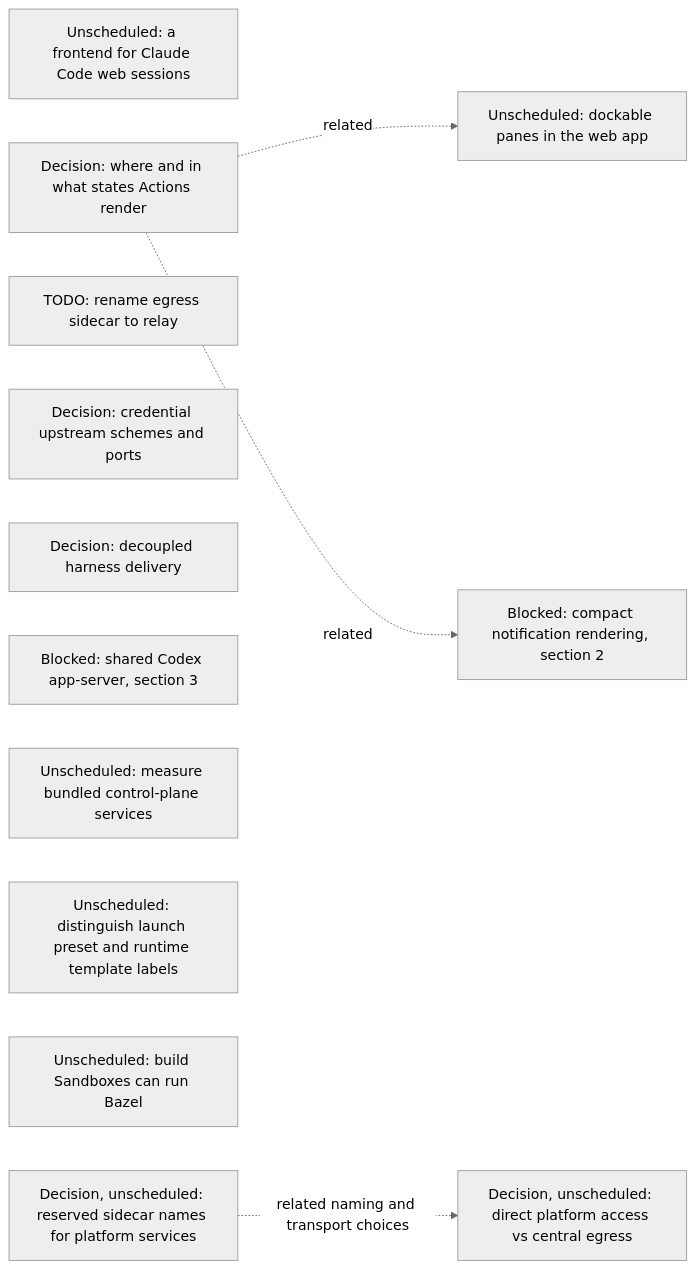
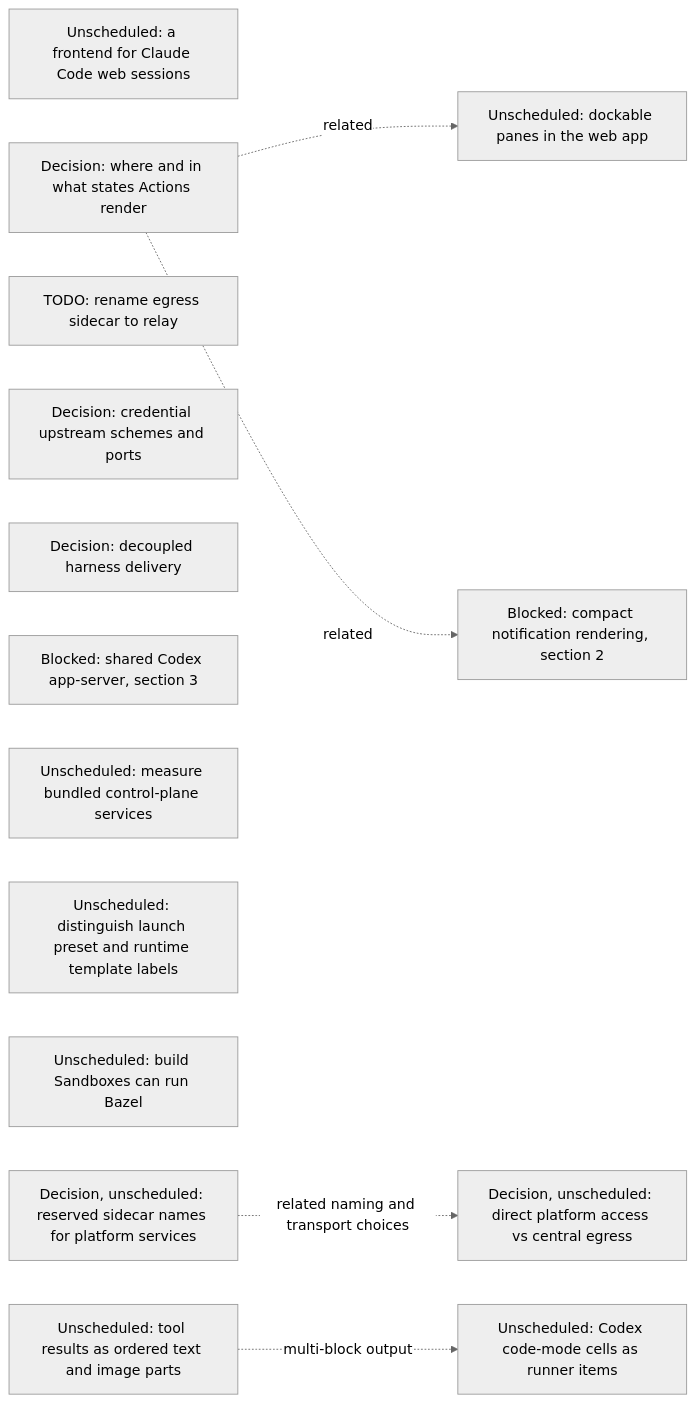
One commit to agentydragon-agent/ducktape changed the seventh of 17 diagrams in agentplane/plans/task_dag.md. Above: the diagram before and after it, drawn with Mermaid (neutral theme). The commit also changed other lines of this file, not shown here.

First line of the commit message:
agentplane: add tool-output fidelity nodes to the task DAG (#11351)

````diff
--- a/agentplane/plans/task_dag.md
+++ b/agentplane/plans/task_dag.md
@@ -789,19 +789,21 @@
 ```mermaid
 flowchart LR
     CLAUDE_CODE_WEB_BRIDGE[Unscheduled: a frontend for Claude Code web sessions]
     ACTION_SURFACES_DESIGN[Decision: where and in what states Actions render]
     EGRESS_RELAY_RENAME[TODO: rename egress sidecar to relay]
     EGRESS_CREDENTIAL_TRANSPORT_DESIGN[Decision: credential upstream schemes and ports]
     RUNNER_HARNESS_DELIVERY_DESIGN[Decision: decoupled harness delivery]
     RUNNER_CODEX_SHARED_PROCESS[Blocked: shared Codex app-server, section 3]
     K3S_BUNDLED_SERVICES_SPIKE[Unscheduled: measure bundled control-plane services]
     DOCKABLE_PANES[Unscheduled: dockable panes in the web app]
     ACTION_SURFACES_DESIGN -. related .-> DOCKABLE_PANES
     NOTIFICATION_PRESENTATION[Blocked: compact notification rendering, section 2]
     ACTION_SURFACES_DESIGN -. related .-> NOTIFICATION_PRESENTATION
     SANDBOX_FORM_TERMINOLOGY[Unscheduled: distinguish launch preset and runtime template labels]
     BUILD_BOX_BAZEL[Unscheduled: build Sandboxes can run Bazel]
     PLATFORM_SERVICE_NAMES_DESIGN[Decision, unscheduled: reserved sidecar names for platform services]
     PLATFORM_SERVICE_ROUTING_DESIGN[Decision, unscheduled: direct platform access vs central egress]
     PLATFORM_SERVICE_NAMES_DESIGN -. related naming and transport choices .-> PLATFORM_SERVICE_ROUTING_DESIGN
+    STRUCTURED_TOOL_OUTPUT[Unscheduled: tool results as ordered text and image parts]
+    STRUCTURED_TOOL_OUTPUT -. multi-block output .-> CODEX_CODE_MODE_CELLS[Unscheduled: Codex code-mode cells as runner items]
 ```
````
